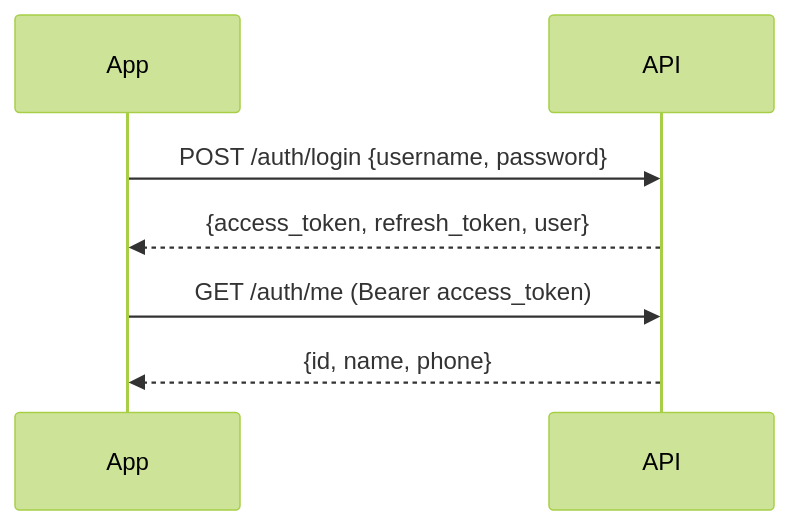
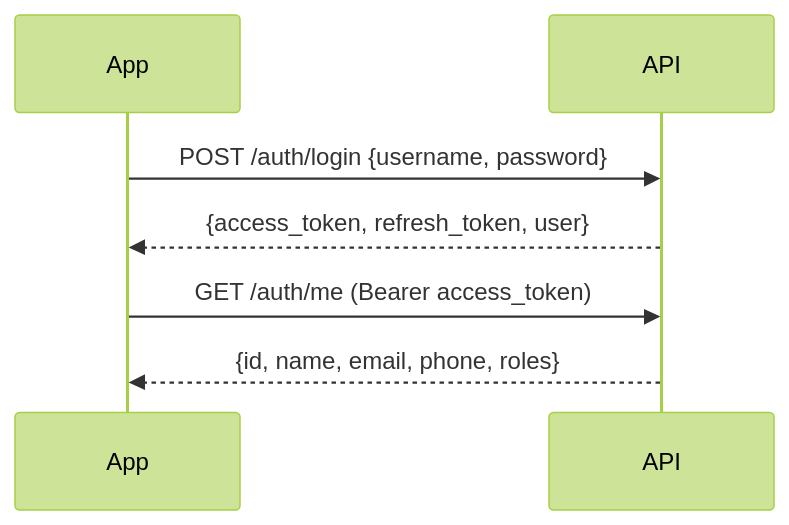
Before and after one commit to AmitGurbani/wordpress-plugins: the fourth of 4 diagrams in packages/headless-auth/docs/integration-guide.md, drawn with Mermaid (forest theme). The commit also changed other lines of this file and 6 other files, not shown here.

````diff
--- a/packages/headless-auth/docs/integration-guide.md
+++ b/packages/headless-auth/docs/integration-guide.md
@@ -110,11 +110,11 @@
 ```mermaid
 sequenceDiagram
     participant App
     participant API
 
     App->>API: POST /auth/login {username, password}
     API-->>App: {access_token, refresh_token, user}
 
     App->>API: GET /auth/me (Bearer access_token)
-    API-->>App: {id, name, phone}
+    API-->>App: {id, name, email, phone, roles}
 ```
````
